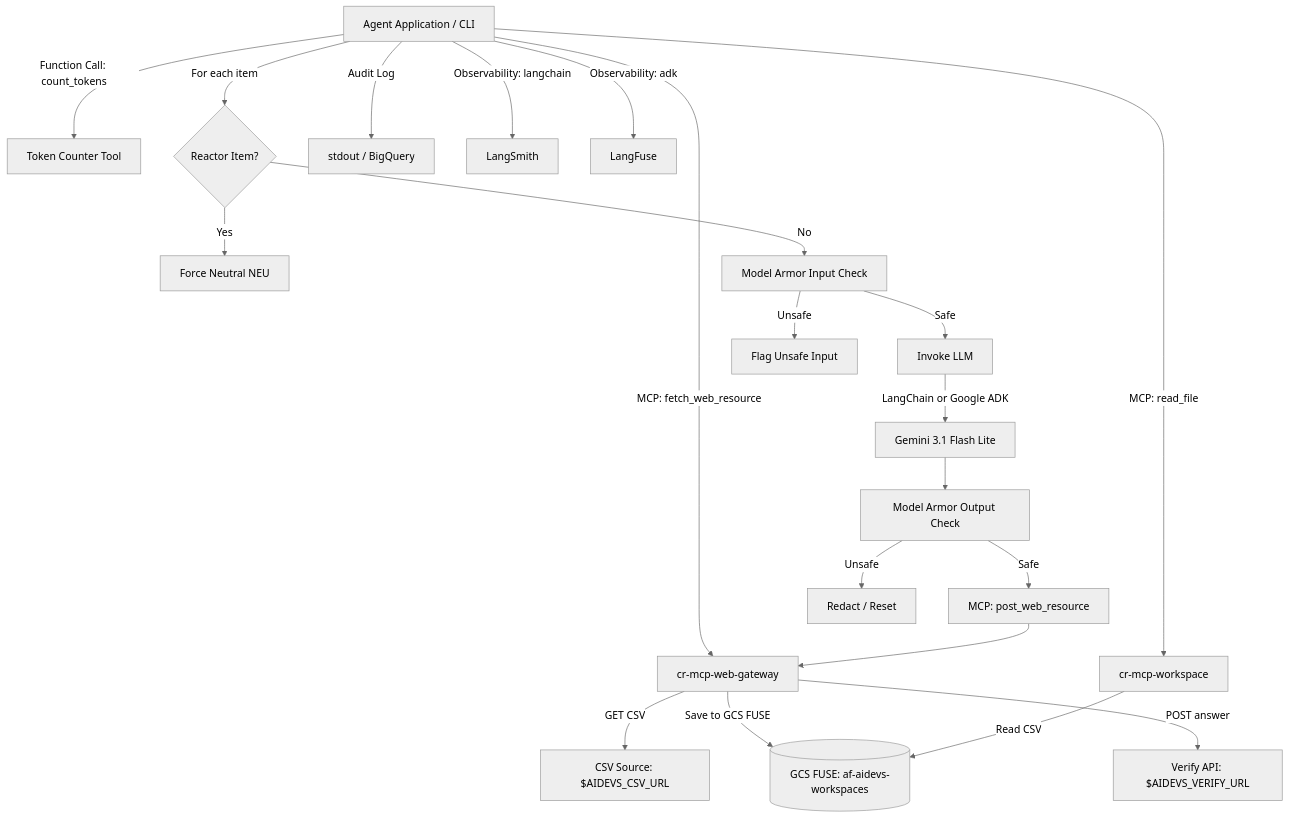
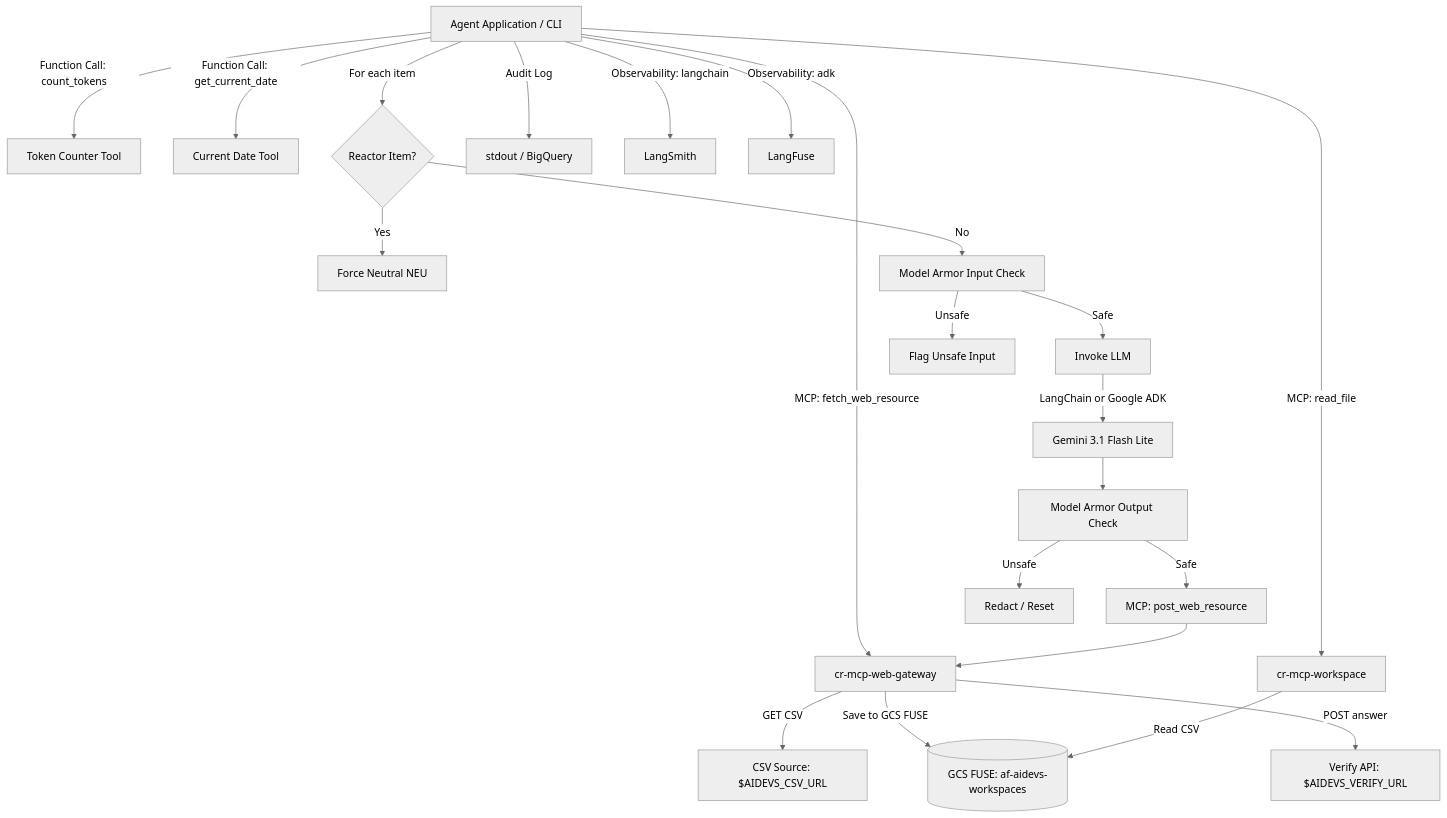
The diagram in lessons/s02e01-zarządzanie-kontekstem-w-konwersacji/task/PRD.md (arturroo/af-aidevs), drawn with Mermaid (neutral theme) before and after one commit. The commit also changed other lines of this file, not shown here.

````diff
--- a/lessons/s02e01-zarządzanie-kontekstem-w-konwersacji/task/PRD.md
+++ b/lessons/s02e01-zarządzanie-kontekstem-w-konwersacji/task/PRD.md
@@ -66,23 +69,24 @@
 ```mermaid
 graph TD
     A[Agent Application / CLI] -->|MCP: fetch_web_resource| B[cr-mcp-web-gateway]
     B -->|GET CSV| CSV[CSV Source: $AIDEVS_CSV_URL]
     B -->|Save to GCS FUSE| FUSE[(GCS FUSE: af-aidevs-workspaces)]
     A -->|MCP: read_file| WS[cr-mcp-workspace]
     WS -->|Read CSV| FUSE
     A -->|Function Call: count_tokens| TC[Token Counter Tool]
+    A -->|Function Call: get_current_date| TD[Current Date Tool]
     A -->|For each item| C{Reactor Item?}
     C -->|Yes| D[Force Neutral NEU]
     C -->|No| MA_In[Model Armor Input Check]
     MA_In -->|Safe| E[Invoke LLM]
     MA_In -->|Unsafe| RED_In[Flag Unsafe Input]
     E -->|LangChain or Google ADK| F[Gemini 3.1 Flash Lite]
     F --> MA_Out[Model Armor Output Check]
     MA_Out -->|Safe| H[MCP: post_web_resource]
     H --> B
     B -->|POST answer| VER[Verify API: $AIDEVS_VERIFY_URL]
     MA_Out -->|Unsafe| RED_Out[Redact / Reset]
     A -->|Audit Log| G[stdout / BigQuery]
     A -->|Observability: langchain| LS[LangSmith]
     A -->|Observability: adk| LF[LangFuse]
 ```
````
